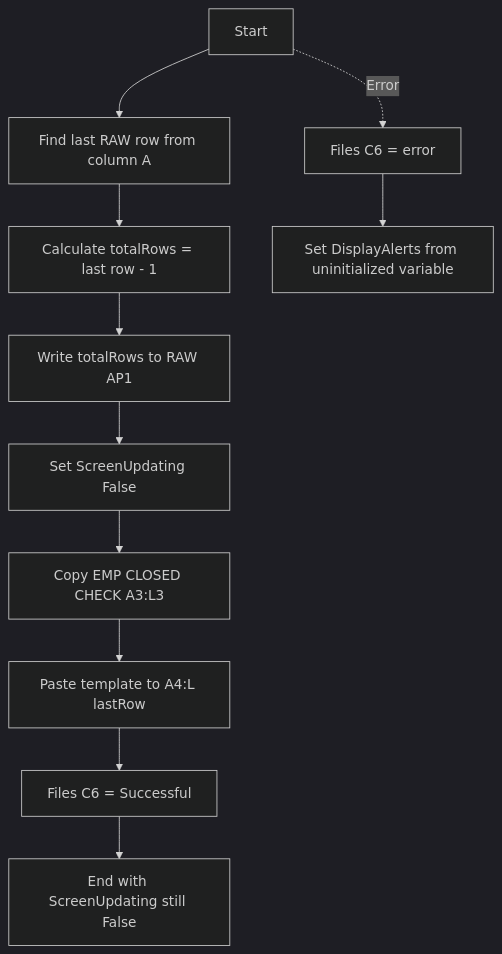
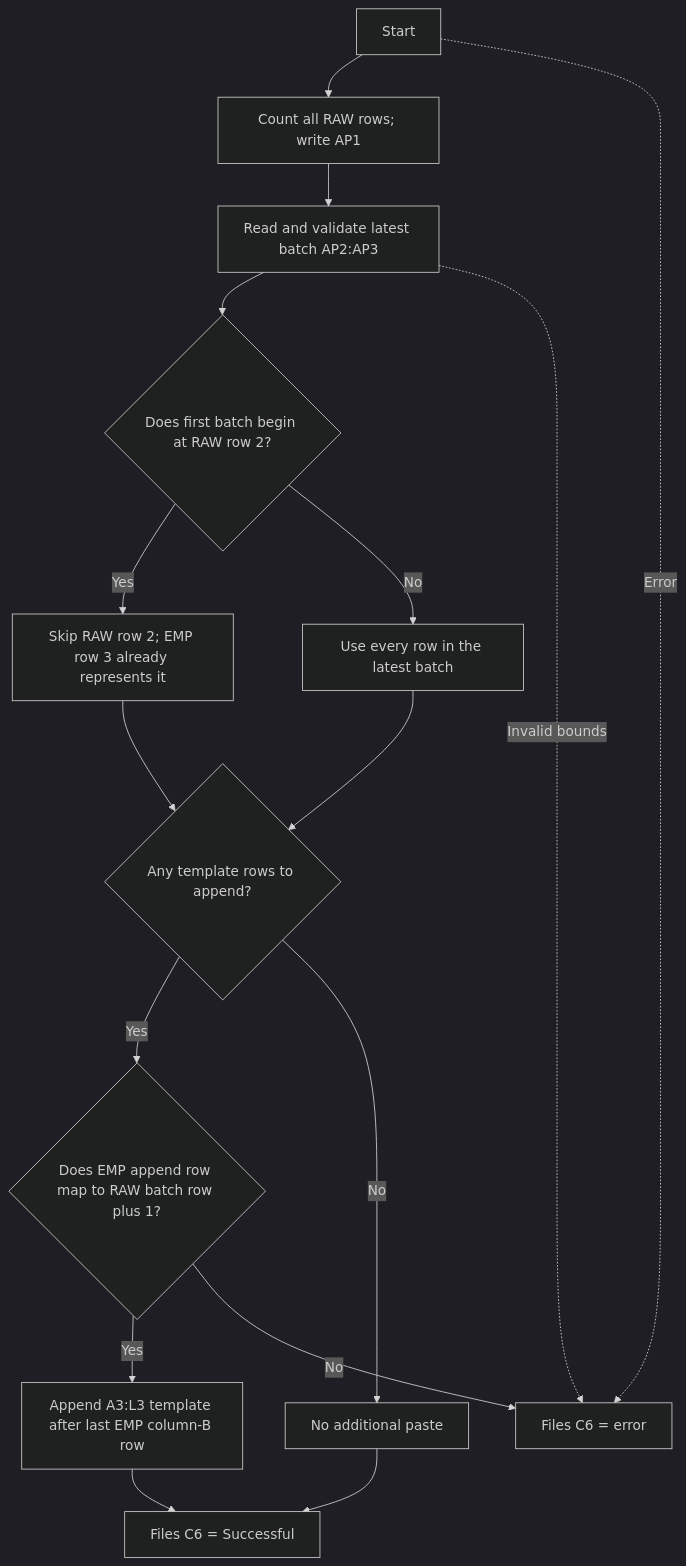
The seventh of 16 diagrams in Other Comps/VBA_DOCUMENTATION.md (moonstarph23/Common-Script), drawn with Mermaid (dark theme) before and after one commit. The commit also changed other lines of this file and 10 other files, not shown here.

````diff
--- a/Other Comps/VBA_DOCUMENTATION.md
+++ b/Other Comps/VBA_DOCUMENTATION.md
@@ -386,13 +404,18 @@
 ```mermaid
 flowchart TD
-    A["Start"] --> B["Find last RAW row from column A"]
-    B --> C["Calculate totalRows = last row - 1"]
-    C --> D["Write totalRows to RAW AP1"]
-    D --> E["Set ScreenUpdating False"]
-    E --> F["Copy EMP CLOSED CHECK A3:L3"]
-    F --> G["Paste template to A4:L lastRow"]
-    G --> H["Files C6 = Successful"]
-    H --> I["End with ScreenUpdating still False"]
+    A["Start"] --> B["Count all RAW rows; write AP1"]
+    B --> C["Read and validate latest batch AP2:AP3"]
+    C --> D{"Does first batch begin at RAW row 2?"}
+    D -- "Yes" --> E["Skip RAW row 2; EMP row 3 already represents it"]
+    D -- "No" --> F["Use every row in the latest batch"]
+    E --> G{"Any template rows to append?"}
+    F --> G
+    G -- "Yes" --> H{"Does EMP append row map to RAW batch row plus 1?"}
+    G -- "No" --> I["No additional paste"]
+    H -- "Yes" --> K["Append A3:L3 template after last EMP column-B row"]
+    H -- "No" --> X["Files C6 = out-of-sync error"]
+    K --> J["Files C6 = Successful"]
+    I --> J
     A -. "Error" .-> X["Files C6 = error"]
-    X --> Y["Set DisplayAlerts from uninitialized variable"]
+    C -. "Invalid bounds" .-> X
 ```
````
